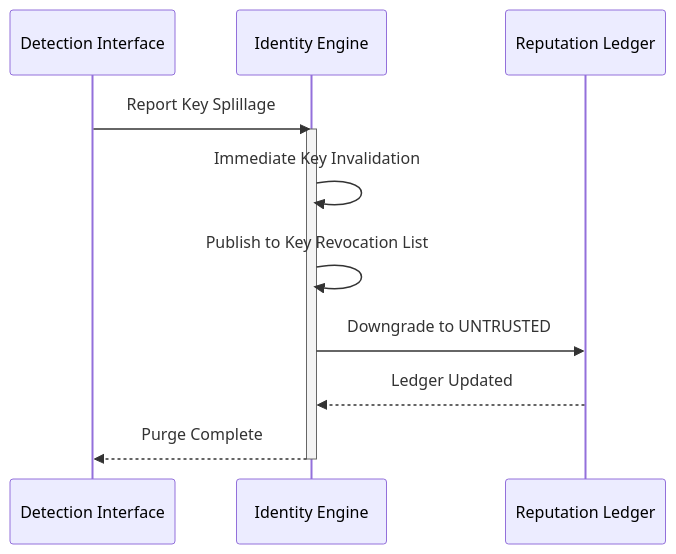
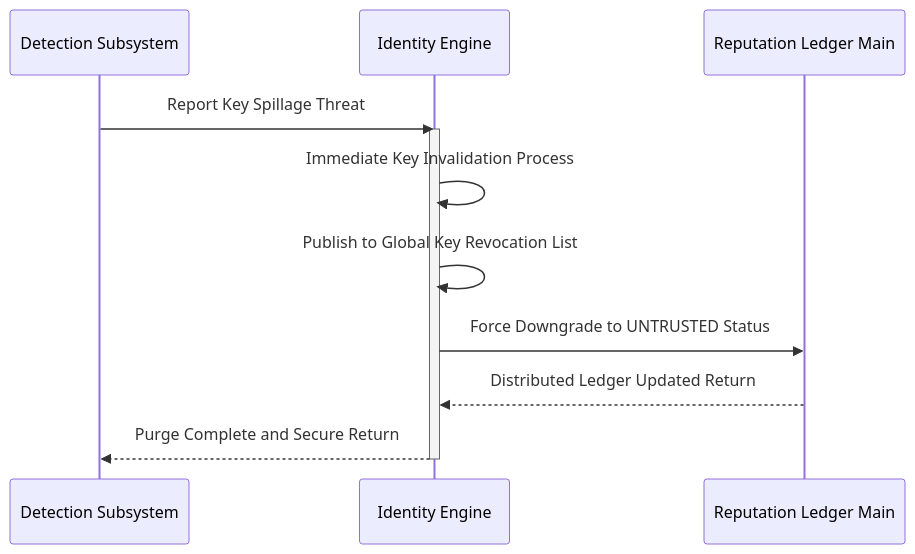
Diagram 19 of 30 in README.md (MrDecryptDecipher/Agent-Trust), drawn with Mermaid before and after one commit. The commit also changed other lines of this file, not shown here.

Commit message:
Ultra-strict diagram rendering using pure alphanumeric sequences and explicit non-cyclic flow structures

````diff
--- a/README.md
+++ b/README.md
@@ -375,15 +327,15 @@
 ```mermaid
 sequenceDiagram
-    participant S as Detection Interface
+    participant S as Detection Subsystem
     participant ID as Identity Engine
-    participant R as Reputation Ledger
+    participant R as Reputation Ledger Main
     
-    S->>ID: Report Key Splillage
+    S->>ID: Report Key Spillage Threat
     activate ID
-    ID->>ID: Immediate Key Invalidation
-    ID->>ID: Publish to Key Revocation List
-    ID->>R: Downgrade to UNTRUSTED
-    R-->>ID: Ledger Updated
-    ID-->>S: Purge Complete
+    ID->>ID: Immediate Key Invalidation Process
+    ID->>ID: Publish to Global Key Revocation List
+    ID->>R: Force Downgrade to UNTRUSTED Status
+    R-->>ID: Distributed Ledger Updated Return
+    ID-->>S: Purge Complete and Secure Return
     deactivate ID
 ```
````
